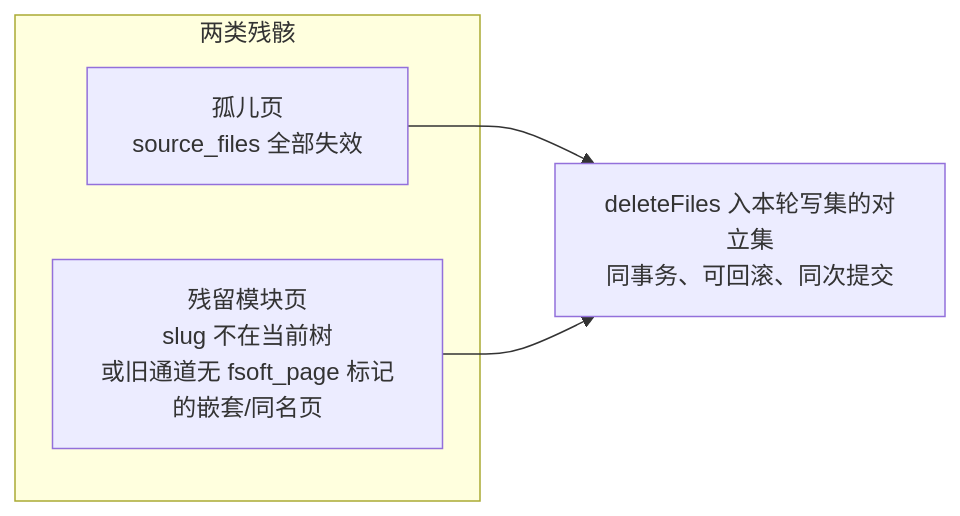
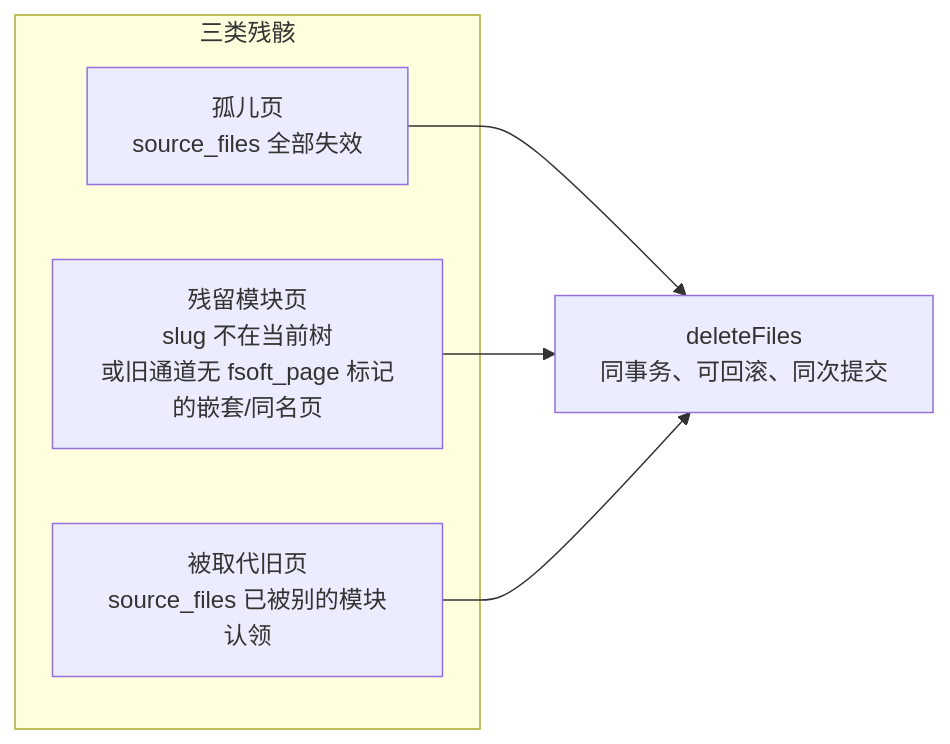
The sixth of 7 diagrams in .codewiki/modules/native-output-application-logic.md (ikliml666/dsh-codewiki), drawn with Mermaid before and after one commit. The commit also changed other lines of this file and 9 other files, not shown here.

````diff
--- a/.codewiki/modules/native-output-application-logic.md
+++ b/.codewiki/modules/native-output-application-logic.md
@@ -266,9 +268,11 @@
 ```mermaid
 flowchart LR
-    subgraph "两类残骸"
+    subgraph "三类残骸"
         O["孤儿页<br/>source_files 全部失效"]
         S["残留模块页<br/>slug 不在当前树<br/>或旧通道无 fsoft_page 标记的嵌套/同名页"]
+        L["被取代旧页<br/>source_files 已被别的模块认领"]
     end
-    O --> DEL["deleteFiles 入本轮写集的对立集<br/>同事务、可回滚、同次提交"]
+    O --> DEL["deleteFiles<br/>同事务、可回滚、同次提交"]
     S --> DEL
+    L --> DEL
 ```
````
